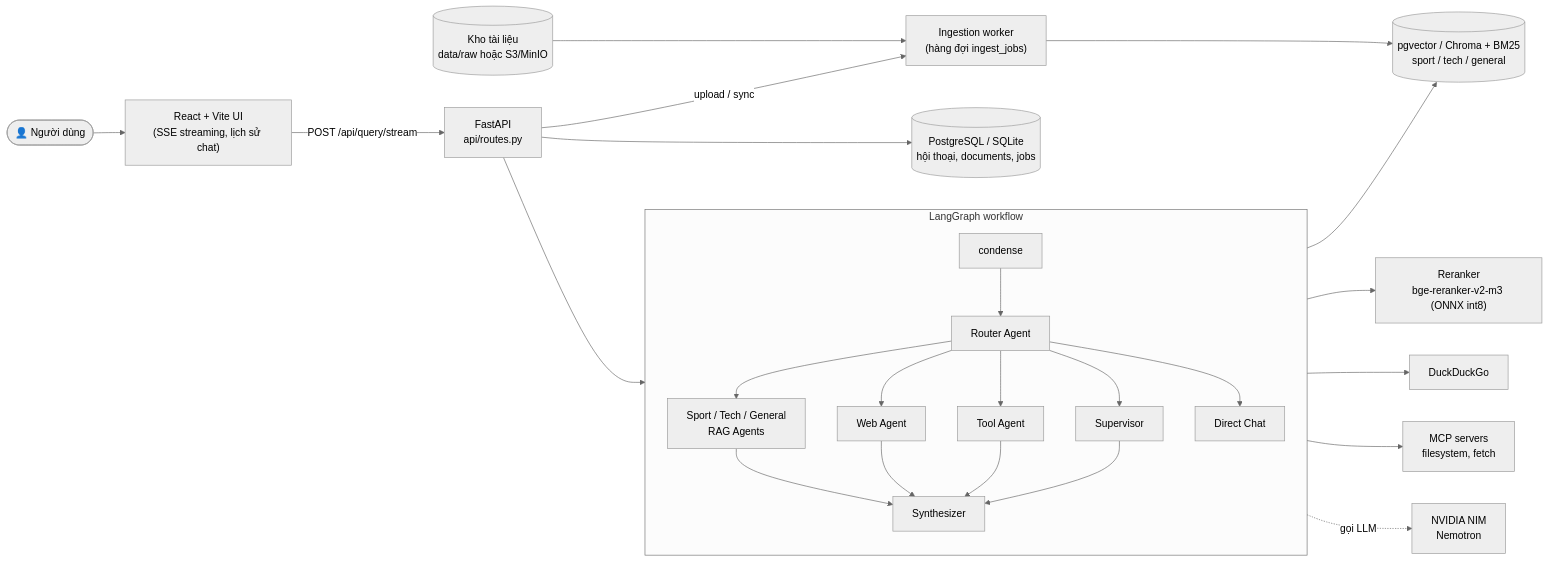
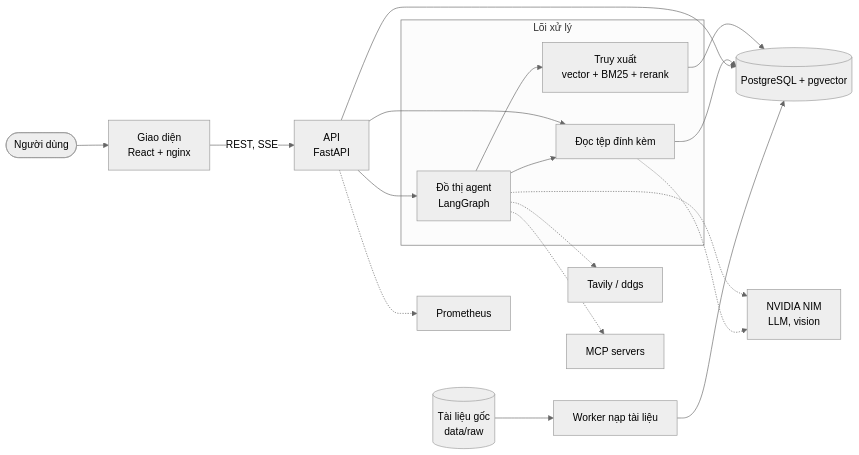
The first of 2 diagrams in README.md (hbkhanh22/Multi-RAG-Agent), drawn with Mermaid (neutral theme) before and after one commit. The commit also changed other lines of this file and 87 other files, not shown here.

````diff
--- a/README.md
+++ b/README.md
@@ -32,27 +45,29 @@
 ```mermaid
 flowchart LR
-    U(["👤 Người dùng"]) --> FE["React + Vite UI<br/>(SSE streaming, lịch sử chat)"]
-    FE -->|"POST /api/query/stream"| API["FastAPI<br/>api/routes.py"]
-    API --> MEM[("PostgreSQL / SQLite<br/>hội thoại, documents, jobs")]
-    API --> G
+    U(["Người dùng"]) --> WEB["Giao diện<br/>React + nginx"]
+    WEB -->|"REST, SSE"| API["API<br/>FastAPI"]
 
-    subgraph G["LangGraph workflow"]
-        direction TB
-        C["condense"] --> R["Router Agent"]
-        R --> A1["Sport / Tech / General<br/>RAG Agents"]
-        R --> A2["Web Agent"]
-        R --> A3["Tool Agent"]
-        R --> SV["Supervisor"]
-        R --> DC["Direct Chat"]
-        A1 & A2 & A3 & SV --> SY["Synthesizer"]
+    subgraph CORE["Lõi xử lý"]
+        GRAPH["Đồ thị agent<br/>LangGraph"]
+        RET["Truy xuất<br/>vector + BM25 + rerank"]
+        ATT["Đọc tệp đính kèm"]
     end
 
-    A1 --> VS[("pgvector / Chroma + BM25<br/>sport / tech / general")]
-    A1 --> RR["Reranker<br/>bge-reranker-v2-m3 (ONNX int8)"]
-    A2 --> DDG["DuckDuckGo"]
-    A3 --> MCP["MCP servers<br/>filesystem, fetch"]
-    G -.->|"gọi LLM"| NIM["NVIDIA NIM<br/>Nemotron"]
-    ST[("Kho tài liệu<br/>data/raw hoặc S3/MinIO")] --> ING["Ingestion worker<br/>(hàng đợi ingest_jobs)"]
-    API -->|"upload / sync"| ING
-    ING --> VS
+    API --> GRAPH
+    API --> ATT
+    GRAPH --> RET
+    GRAPH --> ATT
+
+    RET --> DB[("PostgreSQL + pgvector")]
+    ATT --> DB
+    API --> DB
+
+    DOCS[("Tài liệu gốc<br/>data/raw")] --> WORKER["Worker nạp tài liệu"]
+    WORKER --> DB
+
+    GRAPH -.-> NIM["NVIDIA NIM<br/>LLM, vision"]
+    ATT -.-> NIM
+    GRAPH -.-> SEARCH["Tavily / ddgs"]
+    GRAPH -.-> MCP["MCP servers"]
+    API -.-> OBS["Prometheus"]
 ```
````
